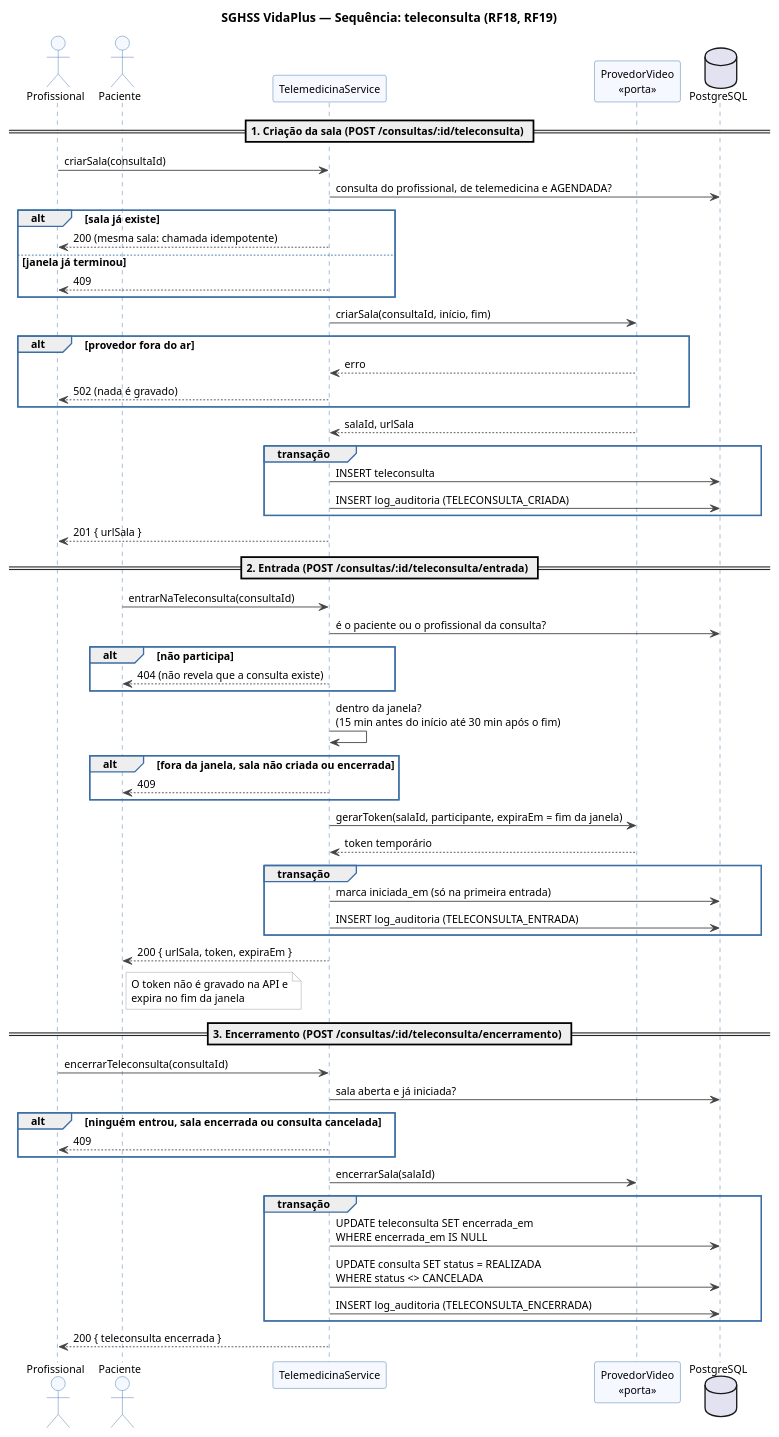
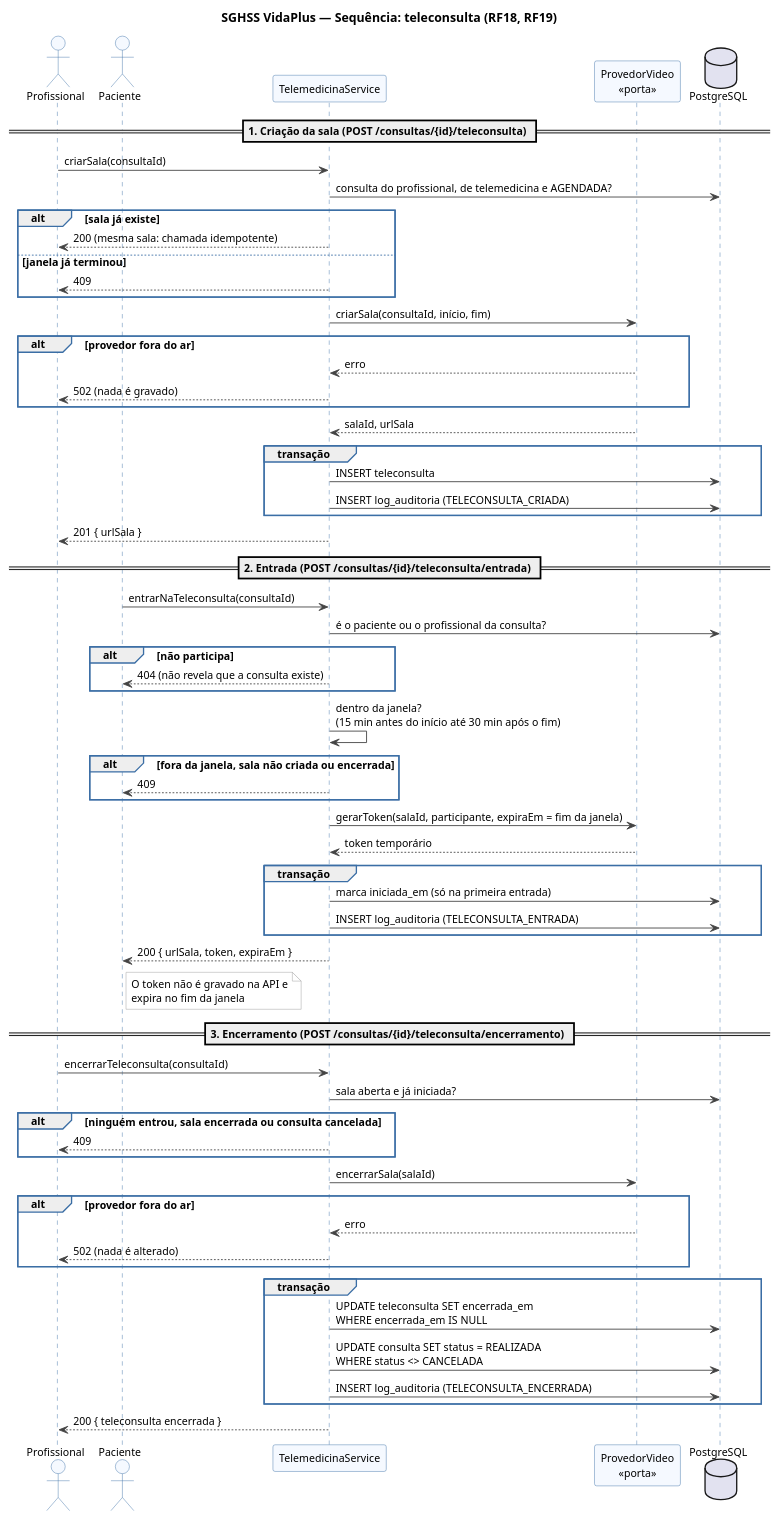
One commit to JlucasFaria/sghss-api changed the diagram in docs/diagramas/sequencia-teleconsulta.puml. Above: the diagram before and after it, drawn with PlantUML. The commit also changed 6 other files, not shown here.

Commit message:
docs: ajusta diagramas e readme

```diff
--- a/docs/diagramas/sequencia-teleconsulta.puml
+++ b/docs/diagramas/sequencia-teleconsulta.puml
@@ -1,85 +1,89 @@
 @startuml sequencia-teleconsulta
 title SGHSS VidaPlus — Sequência: teleconsulta (RF18, RF19)
 
 skinparam shadowing false
 skinparam defaultFontName Arial
 skinparam defaultFontSize 12
 skinparam sequenceMessageAlign left
 skinparam responseMessageBelowArrow true
 skinparam sequence {
   ArrowColor #444444
   LifeLineBorderColor #3B6EA5
   ParticipantBorderColor #3B6EA5
   ParticipantBackgroundColor #F5F9FF
   ActorBorderColor #3B6EA5
   ActorBackgroundColor #F5F9FF
   GroupBorderColor #3B6EA5
 }
 skinparam note {
   BackgroundColor #FFFFFF
   BorderColor #999999
 }
 
 actor "Profissional" as Medico
 actor Paciente
 participant "TelemedicinaService" as Servico
 participant "ProvedorVideo\n<<porta>>" as Provedor
 database "PostgreSQL" as Banco
 
-== 1. Criação da sala (POST /consultas/:id/teleconsulta) ==
+== 1. Criação da sala (POST /consultas/{id}/teleconsulta) ==
 Medico -> Servico : criarSala(consultaId)
 Servico -> Banco : consulta do profissional, de telemedicina e AGENDADA?
 alt sala já existe
   Servico --> Medico : 200 (mesma sala: chamada idempotente)
 else janela já terminou
   Servico --> Medico : 409
 end
 Servico -> Provedor : criarSala(consultaId, início, fim)
 alt provedor fora do ar
   Provedor --> Servico : erro
   Servico --> Medico : 502 (nada é gravado)
 end
 Provedor --> Servico : salaId, urlSala
 group transação
   Servico -> Banco : INSERT teleconsulta
   Servico -> Banco : INSERT log_auditoria (TELECONSULTA_CRIADA)
 end
 Servico --> Medico : 201 { urlSala }
 
-== 2. Entrada (POST /consultas/:id/teleconsulta/entrada) ==
+== 2. Entrada (POST /consultas/{id}/teleconsulta/entrada) ==
 Paciente -> Servico : entrarNaTeleconsulta(consultaId)
 Servico -> Banco : é o paciente ou o profissional da consulta?
 alt não participa
   Servico --> Paciente : 404 (não revela que a consulta existe)
 end
 Servico -> Servico : dentro da janela?\n(15 min antes do início até 30 min após o fim)
 alt fora da janela, sala não criada ou encerrada
   Servico --> Paciente : 409
 end
 Servico -> Provedor : gerarToken(salaId, participante, expiraEm = fim da janela)
 Provedor --> Servico : token temporário
 group transação
   Servico -> Banco : marca iniciada_em (só na primeira entrada)
   Servico -> Banco : INSERT log_auditoria (TELECONSULTA_ENTRADA)
 end
 Servico --> Paciente : 200 { urlSala, token, expiraEm }
 note right of Paciente
   O token não é gravado na API e
   expira no fim da janela
 end note
 
-== 3. Encerramento (POST /consultas/:id/teleconsulta/encerramento) ==
+== 3. Encerramento (POST /consultas/{id}/teleconsulta/encerramento) ==
 Medico -> Servico : encerrarTeleconsulta(consultaId)
 Servico -> Banco : sala aberta e já iniciada?
 alt ninguém entrou, sala encerrada ou consulta cancelada
   Servico --> Medico : 409
 end
 Servico -> Provedor : encerrarSala(salaId)
+alt provedor fora do ar
+  Provedor --> Servico : erro
+  Servico --> Medico : 502 (nada é alterado)
+end
 group transação
   Servico -> Banco : UPDATE teleconsulta SET encerrada_em\nWHERE encerrada_em IS NULL
   Servico -> Banco : UPDATE consulta SET status = REALIZADA\nWHERE status <> CANCELADA
   Servico -> Banco : INSERT log_auditoria (TELECONSULTA_ENCERRADA)
 end
 Servico --> Medico : 200 { teleconsulta encerrada }
 
 @enduml
```
